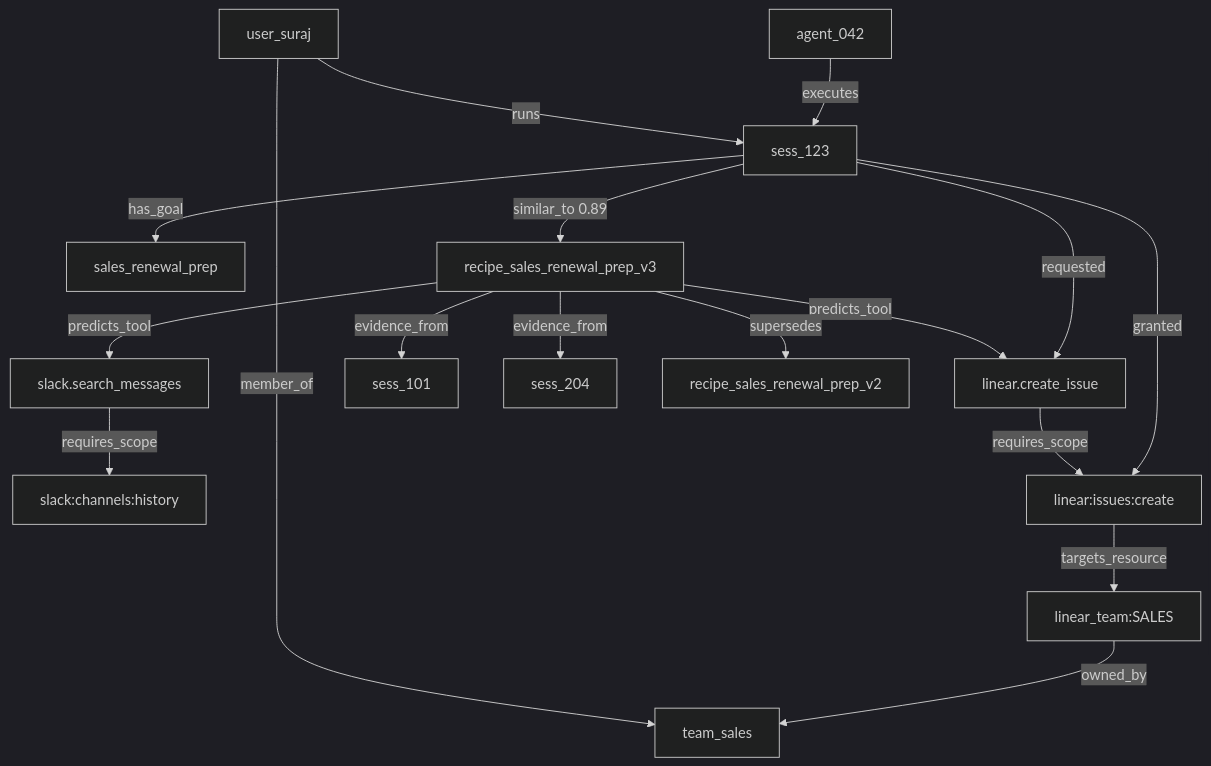
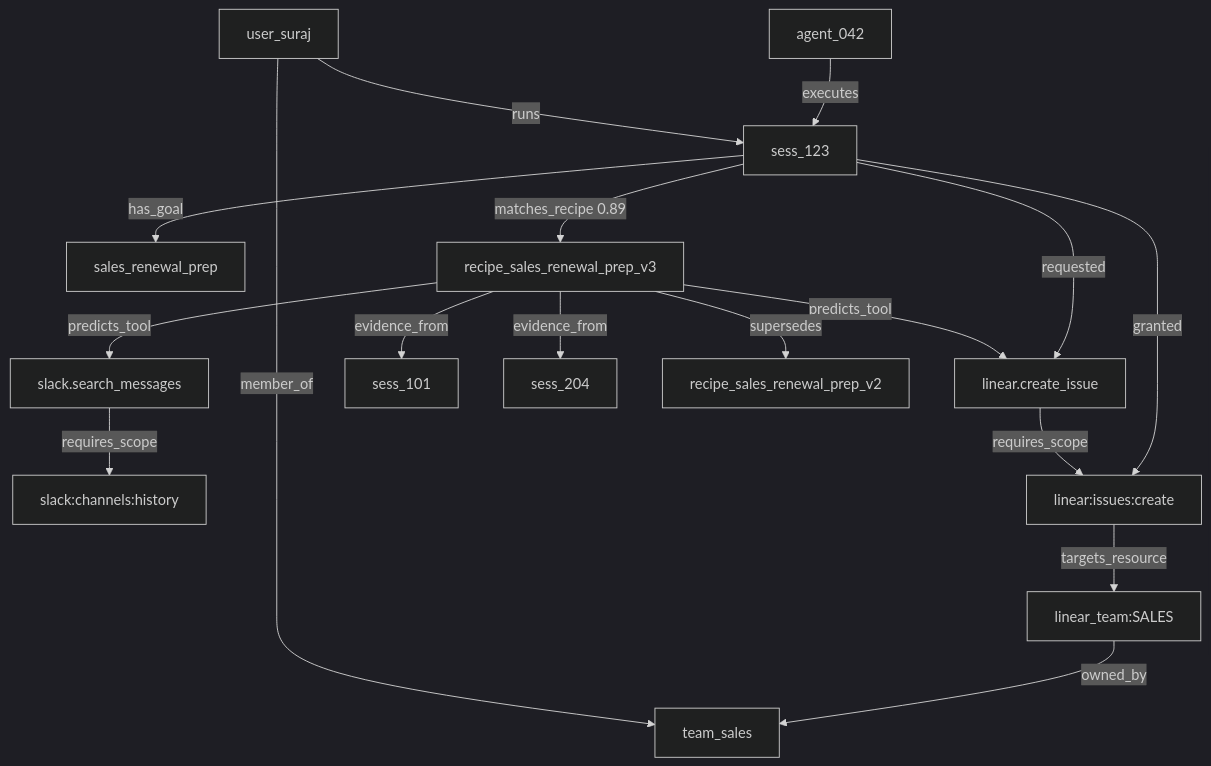
The diagram in docs/engineering-plan/plan/RFC-01-domain-model-data.md (suraj-ranganath/ScopeMemory), drawn with Mermaid (dark theme) before and after one commit. The commit also changed other lines of this file and 30 other files, not shown here.

````diff
--- a/docs/engineering-plan/plan/RFC-01-domain-model-data.md
+++ b/docs/engineering-plan/plan/RFC-01-domain-model-data.md
@@ -136,19 +136,19 @@
 ```mermaid
 graph TD
   U[user_suraj] -->|member_of| T[team_sales]
   U -->|runs| S[sess_123]
   A[agent_042] -->|executes| S
   S -->|has_goal| G[sales_renewal_prep]
-  S -->|similar_to 0.89| R[recipe_sales_renewal_prep_v3]
+  S -->|matches_recipe 0.89| R[recipe_sales_renewal_prep_v3]
   R -->|predicts_tool| T1[slack.search_messages]
   R -->|predicts_tool| T2[linear.create_issue]
   T1 -->|requires_scope| SC1[slack:channels:history]
   T2 -->|requires_scope| SC2[linear:issues:create]
   SC2 -->|targets_resource| RES[linear_team:SALES]
   RES -->|owned_by| T
   S -->|granted| SC2
   S -->|requested| T2
   R -->|evidence_from| S0[sess_101]
   R -->|evidence_from| S1[sess_204]
   R -->|supersedes| R0[recipe_sales_renewal_prep_v2]
 ```
````
